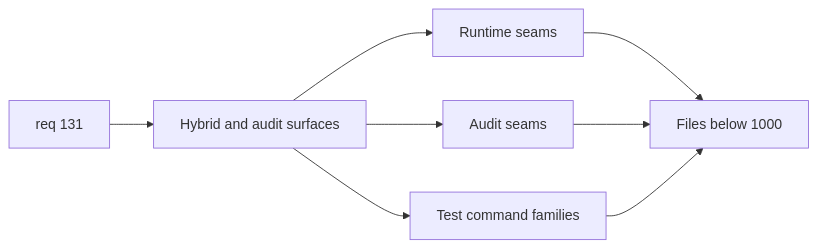
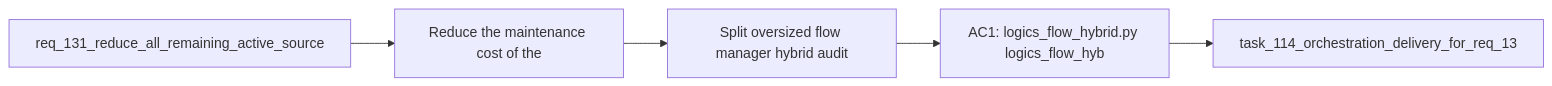
Before and after one commit to AlexAgo83/logics-manager: the diagram in logics/backlog/item_250_split_oversized_flow_manager_hybrid_audit_and_test_surfaces_below_1000_lines.md, drawn with Mermaid. The commit also changed 481 other files, not shown here.

````diff
--- a/logics/backlog/item_250_split_oversized_flow_manager_hybrid_audit_and_test_surfaces_below_1000_lines.md
+++ b/logics/backlog/item_250_split_oversized_flow_manager_hybrid_audit_and_test_surfaces_below_1000_lines.md
@@ -29,12 +29,9 @@
 ```mermaid
 %% logics-kind: backlog
 %% logics-signature: backlog|split-oversized-flow-manager-hybrid-audi|req-131-reduce-all-remaining-active-sour|reduce-the-maintenance-cost-of-the|ac1-logics-flow-hybrid-py-logics-flow-hy
 flowchart LR
-    A[req 131] --> B[Hybrid and audit surfaces]
-    B --> C[Runtime seams]
-    B --> D[Audit seams]
-    B --> E[Test command families]
-    C --> F[Files below 1000]
-    D --> F
-    E --> F
+    Request[req_131_reduce_all_remaining_active_source] --> Problem[Reduce the maintenance cost of the]
+    Problem --> Scope[Split oversized flow manager hybrid audit]
+    Scope --> Acceptance[AC1: logics_flow_hybrid.py logics_flow_hyb]
+    Acceptance --> Tasks[task_114_orchestration_delivery_for_req_13]
 ```
````
